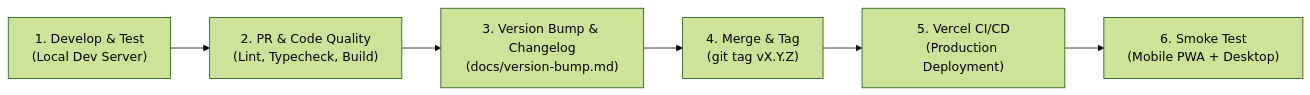
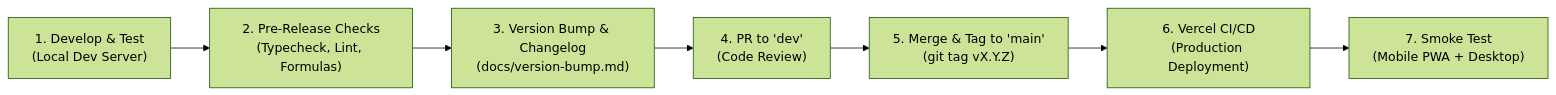
The diagram in docs/release-flow.md (ChewShen/Budget-Tracker), drawn with Mermaid (forest theme) before and after one commit. The commit also changed other lines of this file and 2 other files, not shown here.

Commit message:
docs: update README, release flow with dev branch, and add PR template

````diff
--- a/docs/release-flow.md
+++ b/docs/release-flow.md
@@ -31,8 +33,9 @@
 ```mermaid
 flowchart LR
-    A["1. Develop & Test<br/>(Local Dev Server)"] --> B["2. PR & Code Quality<br/>(Lint, Typecheck, Build)"]
+    A["1. Develop & Test<br/>(Local Dev Server)"] --> B["2. Pre-Release Checks<br/>(Typecheck, Lint, Formulas)"]
     B --> C["3. Version Bump & Changelog<br/>(docs/version-bump.md)"]
-    C --> D["4. Merge & Tag<br/>(git tag vX.Y.Z)"]
-    D --> E["5. Vercel CI/CD<br/>(Production Deployment)"]
-    E --> F["6. Smoke Test<br/>(Mobile PWA + Desktop)"]
+    C --> D["4. PR to 'dev'<br/>(Code Review)"]
+    D --> E["5. Merge & Tag to 'main'<br/>(git tag vX.Y.Z)"]
+    E --> F["6. Vercel CI/CD<br/>(Production Deployment)"]
+    F --> G["7. Smoke Test<br/>(Mobile PWA + Desktop)"]
 ```
````
